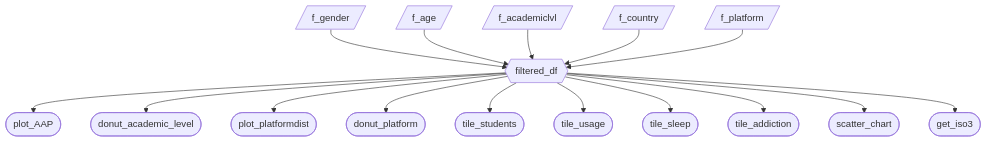
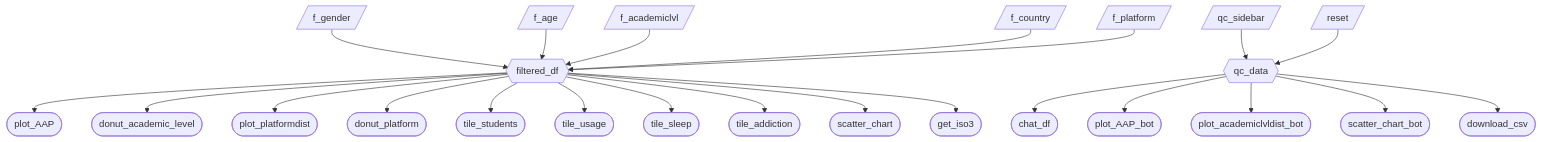
One commit to UBC-MDS/DSCI-532_2026_30_foobar changed the diagram in reports/m2_spec.md. Above: the diagram before and after it, drawn with Mermaid. The commit also changed other lines of this file, not shown here.

Commit message:
mermaid chart update

````diff
--- a/reports/m2_spec.md
+++ b/reports/m2_spec.md
@@ -47,18 +47,26 @@
 ``` mermaid
 flowchart TD
   A[/f_gender/] --> F{{filtered_df}}
   B[/f_age/] --> F
   C[/f_academiclvl/] --> F
   D[/f_country/] --> F
   E[/f_platform/] --> F
   F --> P1([plot_AAP])
   F --> P2([donut_academic_level])
   F --> P3([plot_platformdist])
   F --> P4([donut_platform])
   F --> P5([tile_students])
   F --> P6([tile_usage])
   F --> P7([tile_sleep])
   F --> P8([tile_addiction])
   F --> P9([scatter_chart])
   F --> P10([get_iso3])
+  
+  G[/qc_sidebar/] --> I{{qc_data}}
+  H[/reset/] --> I
+  I --> J1([chat_df])
+  I --> J2([plot_AAP_bot])
+  I --> J3([plot_academiclvldist_bot])
+  I --> J4([scatter_chart_bot])
+  I --> J5([download_csv])
 ```
````
